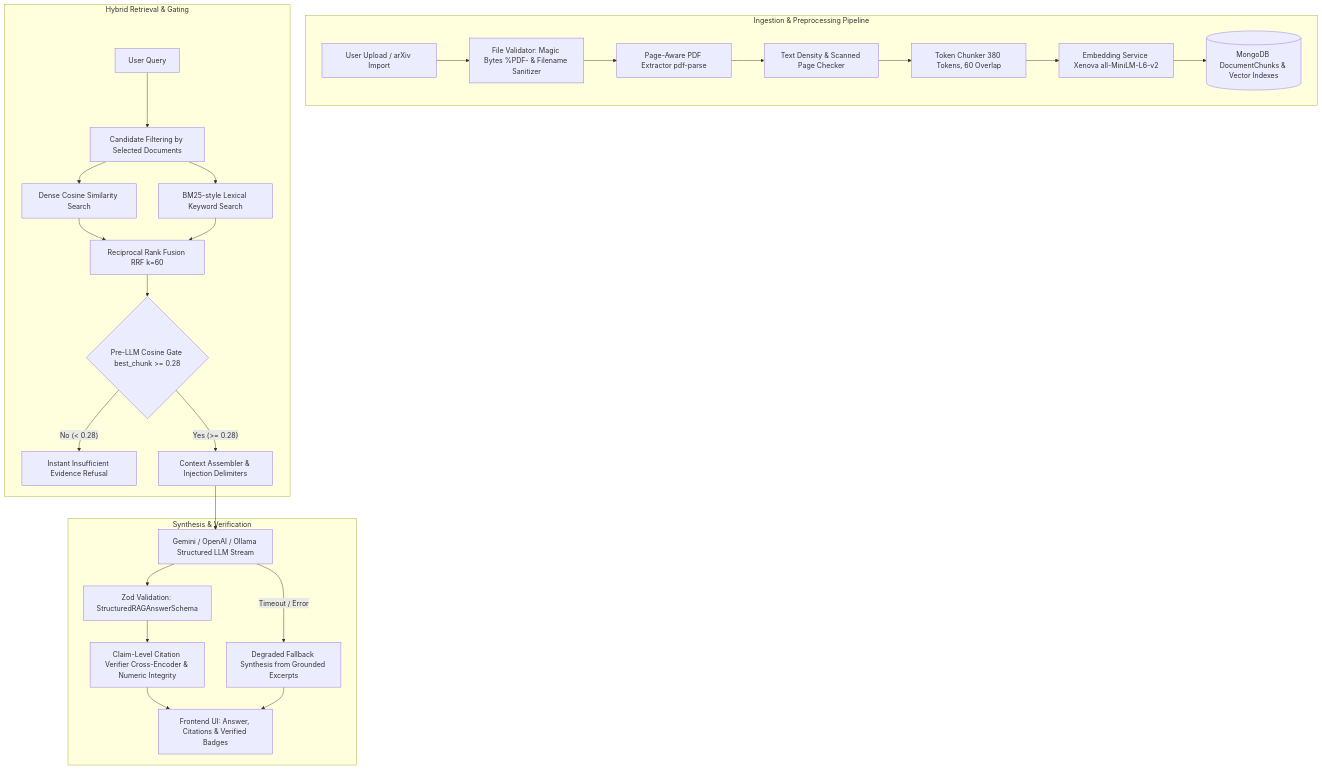
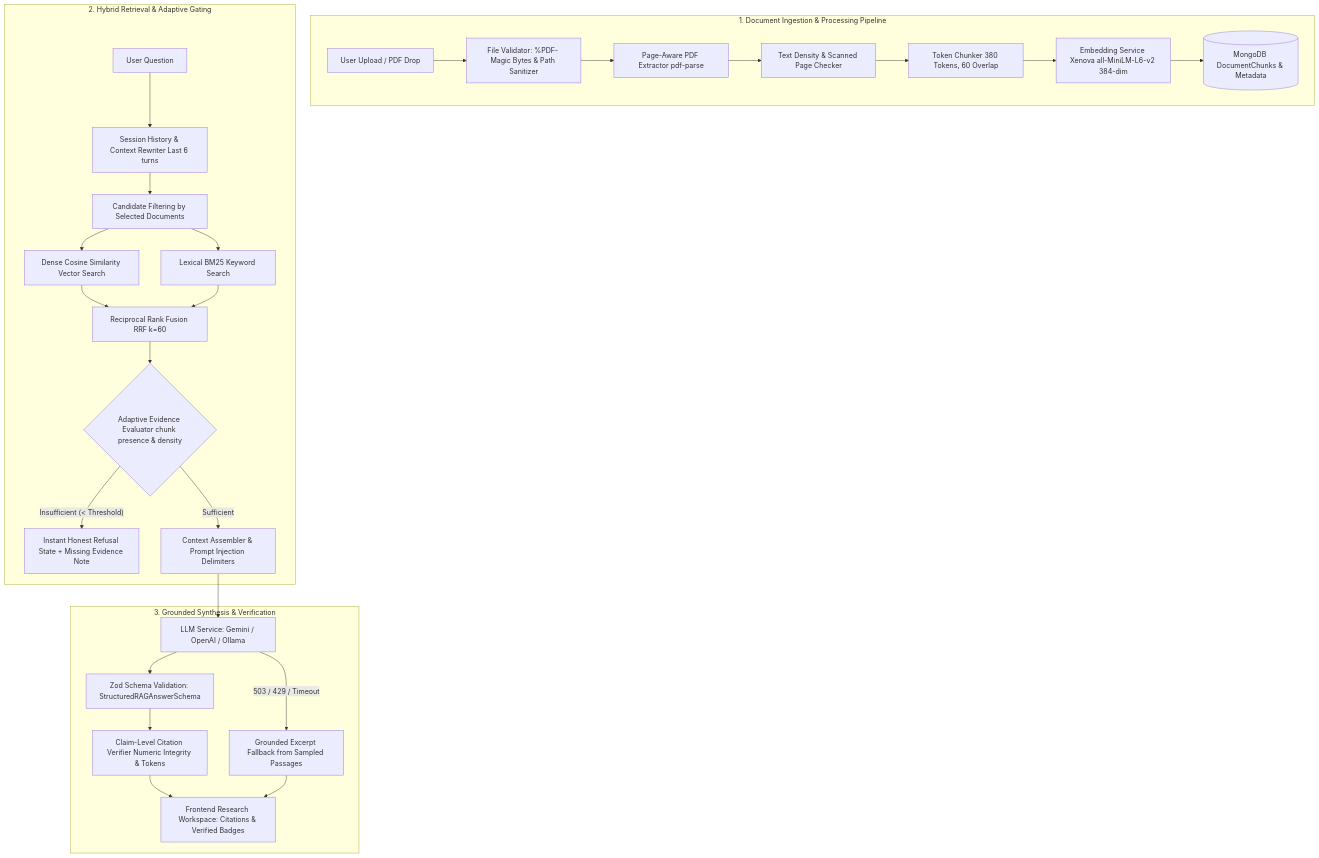
Before and after one commit to Dhanashri1010/Multi-Document-Research-Assistant: the diagram in README.md, drawn with Mermaid. The commit also changed other lines of this file and 5 other files, not shown here.

````diff
--- a/README.md
+++ b/README.md
@@ -18,30 +21,31 @@
 ```mermaid
 flowchart TD
-    subgraph Ingestion ["Ingestion & Preprocessing Pipeline"]
-        A[User Upload / arXiv Import] --> B[File Validator: Magic Bytes %PDF- & Filename Sanitizer]
+    subgraph Ingestion ["1. Document Ingestion & Processing Pipeline"]
+        A[User Upload / PDF Drop] --> B[File Validator: %PDF- Magic Bytes & Path Sanitizer]
         B --> C[Page-Aware PDF Extractor pdf-parse]
         C --> D[Text Density & Scanned Page Checker]
         D --> E[Token Chunker 380 Tokens, 60 Overlap]
-        E --> F[Embedding Service Xenova all-MiniLM-L6-v2]
-        F --> G[(MongoDB DocumentChunks & Vector Indexes)]
+        E --> F[Embedding Service Xenova all-MiniLM-L6-v2 384-dim]
+        F --> G[(MongoDB DocumentChunks & Metadata)]
     end
 
-    subgraph Retrieval ["Hybrid Retrieval & Gating"]
-        H[User Query] --> I[Candidate Filtering by Selected Documents]
-        I --> J[Dense Cosine Similarity Search]
-        I --> K[BM25-style Lexical Keyword Search]
-        J & K --> L[Reciprocal Rank Fusion RRF k=60]
-        L --> M{Pre-LLM Cosine Gate best_chunk >= 0.28}
-        M -- "No (< 0.28)" --> N[Instant Insufficient Evidence Refusal]
-        M -- "Yes (>= 0.28)" --> O[Context Assembler & Injection Delimiters]
+    subgraph Retrieval ["2. Hybrid Retrieval & Adaptive Gating"]
+        H[User Question] --> I[Session History & Context Rewriter Last 6 turns]
+        I --> J[Candidate Filtering by Selected Documents]
+        J --> K[Dense Cosine Similarity Vector Search]
+        J --> L[Lexical BM25 Keyword Search]
+        K & L --> M[Reciprocal Rank Fusion RRF k=60]
+        M --> N{Adaptive Evidence Evaluator chunk presence & density}
+        N -- "Insufficient (< Threshold)" --> O[Instant Honest Refusal State + Missing Evidence Note]
+        N -- "Sufficient" --> P[Context Assembler & Prompt Injection Delimiters]
     end
 
-    subgraph Generation ["Synthesis & Verification"]
-        O --> P[Gemini / OpenAI / Ollama Structured LLM Stream]
-        P --> Q[Zod Validation: StructuredRAGAnswerSchema]
-        Q --> R[Claim-Level Citation Verifier Cross-Encoder & Numeric Integrity]
-        R --> S[Frontend UI: Answer, Citations & Verified Badges]
-        P -- "Timeout / Error" --> T[Degraded Fallback Synthesis from Grounded Excerpts]
-        T --> S
+    subgraph Generation ["3. Grounded Synthesis & Verification"]
+        P --> Q[LLM Service: Gemini / OpenAI / Ollama]
+        Q --> R[Zod Schema Validation: StructuredRAGAnswerSchema]
+        R --> S[Claim-Level Citation Verifier Numeric Integrity & Tokens]
+        S --> T[Frontend Research Workspace: Citations & Verified Badges]
+        Q -- "503 / 429 / Timeout" --> U[Grounded Excerpt Fallback from Sampled Passages]
+        U --> T
     end
 ```
````
